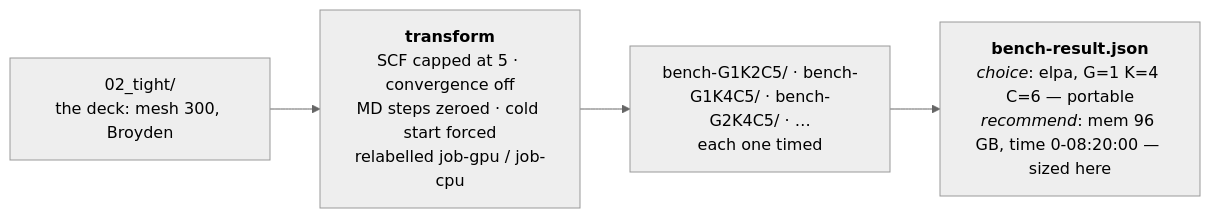
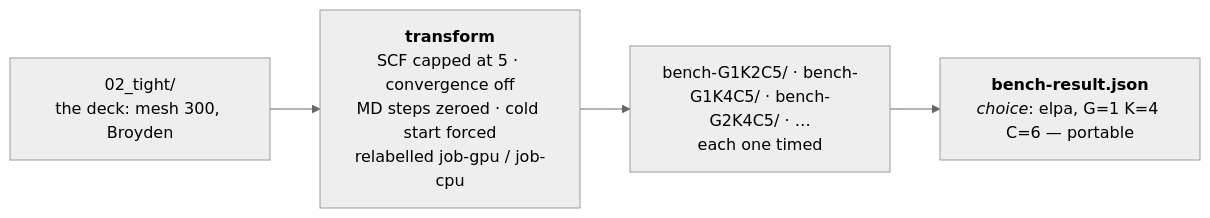
Before and after one commit to Qing-LAB/molbuilder: the second of 5 diagrams in docs/execution/worked-example.md, drawn with Mermaid (neutral theme). The commit also changed other lines of this file and 44 other files, not shown here.

````diff
--- a/docs/execution/worked-example.md
+++ b/docs/execution/worked-example.md
@@ -198,6 +198,6 @@
 ```mermaid
 flowchart LR
     T["02_tight/<br/>the deck: mesh 300, Broyden"] --> X["<b>transform</b><br/>SCF capped at 5 · convergence off<br/>MD steps zeroed · cold start forced<br/>relabelled job-gpu / job-cpu"]
     X --> P["bench-G1K2C5/ · bench-G1K4C5/ · bench-G2K4C5/ · …<br/>each one timed"]
-    P --> W["<b>bench-result.json</b><br/><i>choice</i>: elpa, G=1 K=4 C=6 — portable<br/><i>recommend</i>: mem 96 GB, time 0-08:20:00 — sized here"]
+    P --> W["<b>bench-result.json</b><br/><i>choice</i>: elpa, G=1 K=4 C=6 — portable"]
 ```
````
